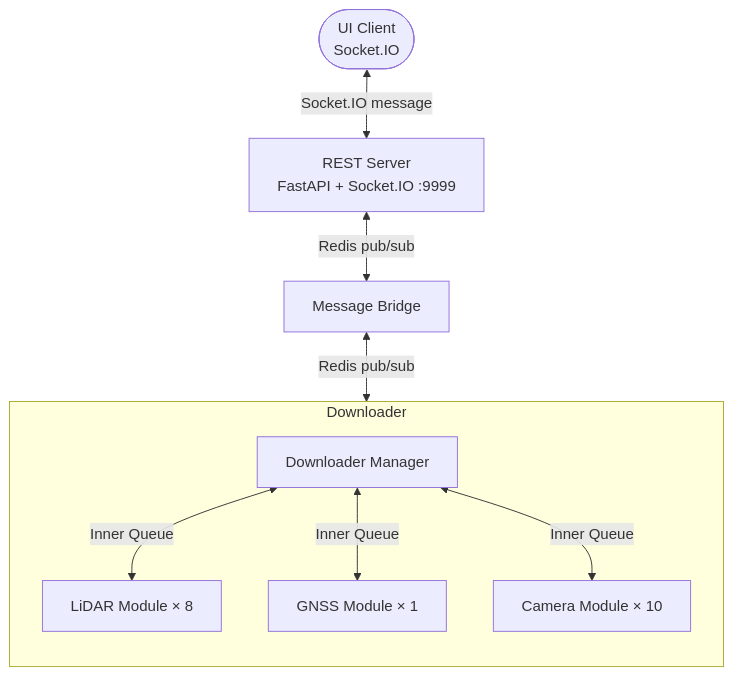
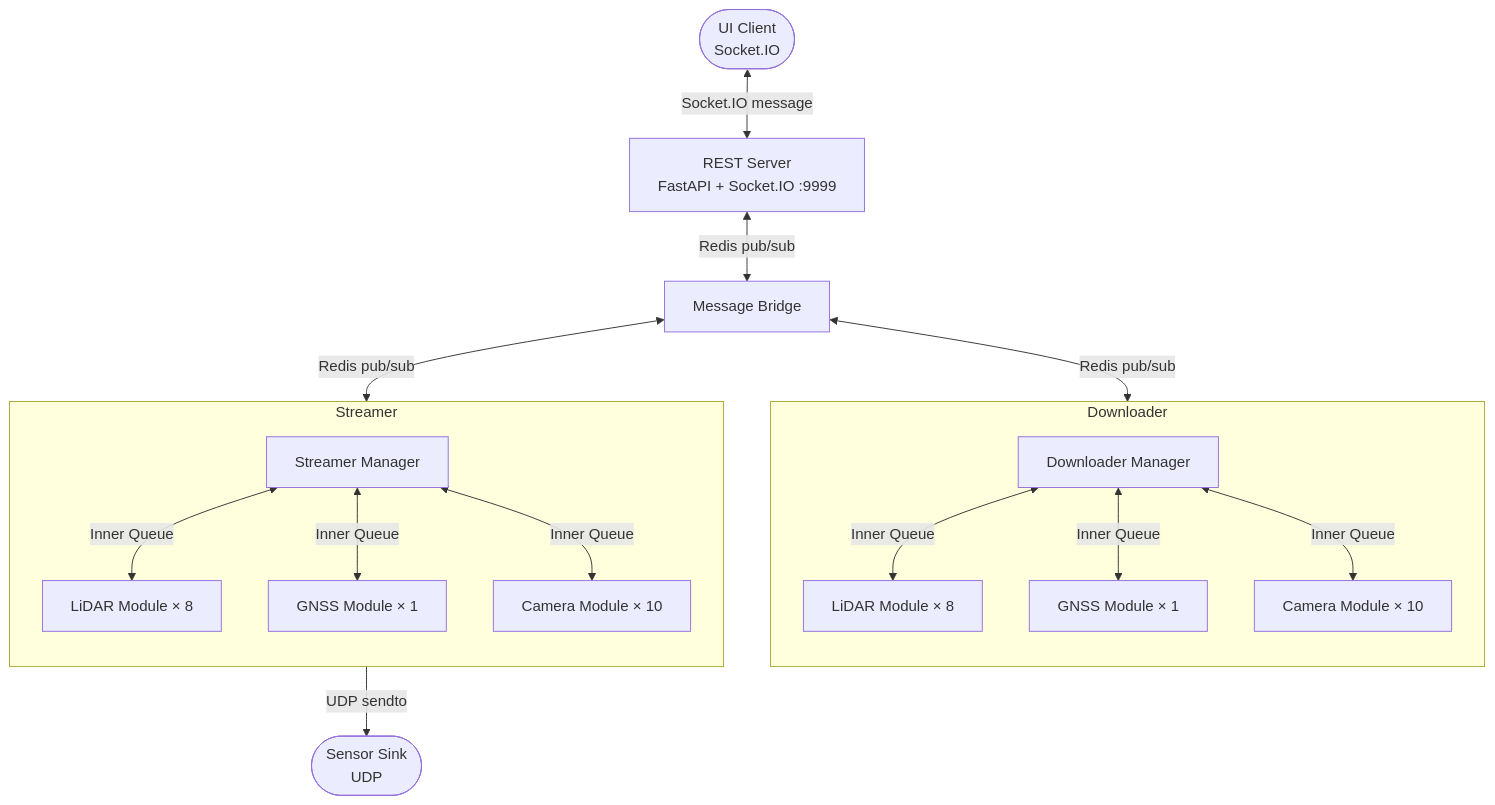
One commit to Sinminbeom/data-pipeline changed the first of 2 diagrams in README.md. Above: the diagram before and after it, drawn with Mermaid. The commit also changed other lines of this file, not shown here.

````diff
--- a/README.md
+++ b/README.md
@@ -11,21 +11,36 @@
 ```mermaid
 flowchart TB
     UI([UI Client<br/>Socket.IO])
     REST["REST Server<br/>FastAPI + Socket.IO :9999"]
     MB[Message Bridge]
 
     subgraph DL[Downloader]
         direction TB
-        MGR[Downloader Manager]
-        LIDAR[LiDAR Module × 8]
-        GNSS[GNSS Module × 1]
-        CAM[Camera Module × 10]
-        MGR <-->|Inner Queue| LIDAR
-        MGR <-->|Inner Queue| GNSS
-        MGR <-->|Inner Queue| CAM
+        DMGR[Downloader Manager]
+        DLIDAR[LiDAR Module × 8]
+        DGNSS[GNSS Module × 1]
+        DCAM[Camera Module × 10]
+        DMGR <-->|Inner Queue| DLIDAR
+        DMGR <-->|Inner Queue| DGNSS
+        DMGR <-->|Inner Queue| DCAM
     end
+
+    subgraph ST[Streamer]
+        direction TB
+        SMGR[Streamer Manager]
+        SLIDAR[LiDAR Module × 8]
+        SGNSS[GNSS Module × 1]
+        SCAM[Camera Module × 10]
+        SMGR <-->|Inner Queue| SLIDAR
+        SMGR <-->|Inner Queue| SGNSS
+        SMGR <-->|Inner Queue| SCAM
+    end
+
+    SINK([Sensor Sink<br/>UDP])
 
     UI <-->|Socket.IO message| REST
     REST <-->|Redis pub/sub| MB
-    MB <-->|Redis pub/sub| MGR
+    MB <-->|Redis pub/sub| DMGR
+    MB <-->|Redis pub/sub| SMGR
+    ST -->|UDP sendto| SINK
 ```
````
